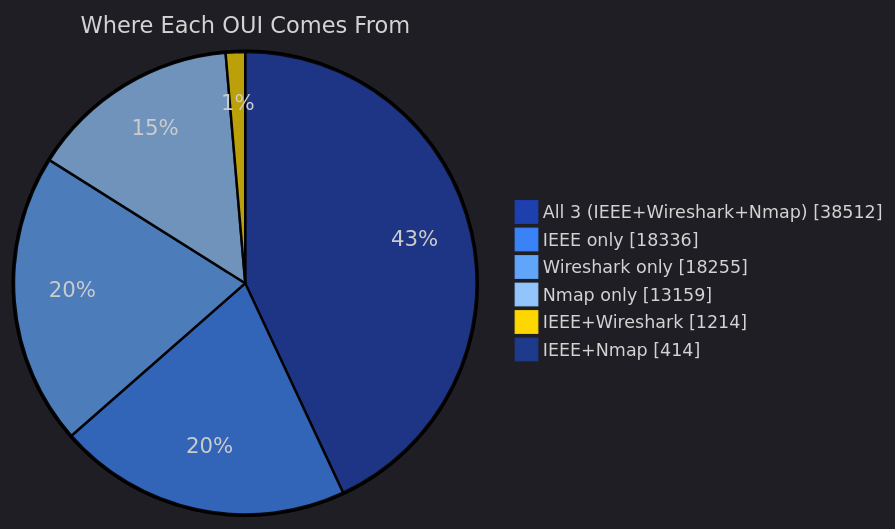
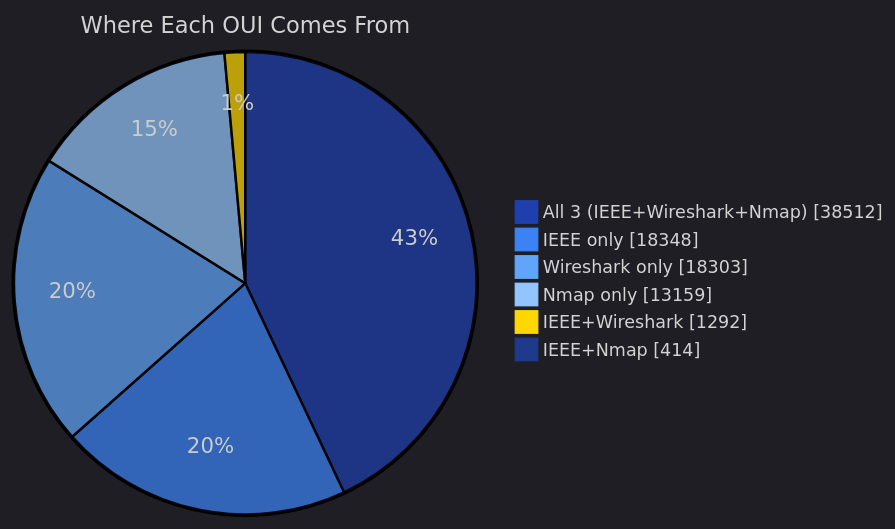
One commit to Ringmast4r/OUI-Master-Database changed the second of 5 diagrams in README.md. Above: the diagram before and after it, drawn with Mermaid. The commit also changed other lines of this file and 14 other files, not shown here.

````diff
--- a/README.md
+++ b/README.md
@@ -93,11 +93,11 @@
 ```mermaid
 %%{init: {'theme':'dark', 'themeVariables': {'pie1':'#1E40AF','pie2':'#3B82F6','pie3':'#60A5FA','pie4':'#93C5FD','pie5':'#FFD700','pie6':'#1E3A8A','pieTitleTextSize':'18px','pieLegendTextSize':'14px'}}}%%
 pie showData
     title Where Each OUI Comes From
     "All 3 (IEEE+Wireshark+Nmap)" : 38512
-    "IEEE only" : 18336
-    "Wireshark only" : 18255
+    "IEEE only" : 18348
+    "Wireshark only" : 18303
     "Nmap only" : 13159
-    "IEEE+Wireshark" : 1214
+    "IEEE+Wireshark" : 1292
     "IEEE+Nmap" : 414
 ```
````
